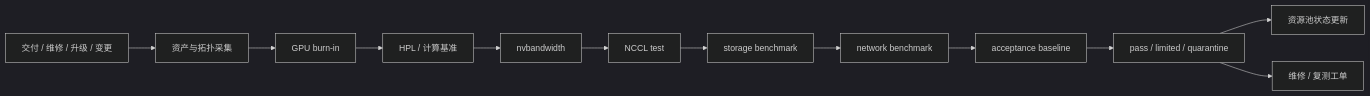
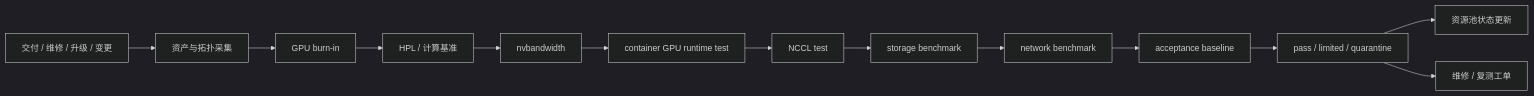
One commit to ikingye/ai-factory-engineering changed the diagram in docs/part-09-reliability-observability/chapter-38-acceptance-testing.md. Above: the diagram before and after it, drawn with Mermaid (dark theme). The commit also changed other lines of this file and 11 other files, not shown here.

Commit message:
docs: deepen gpu container coverage

````diff
--- a/docs/part-09-reliability-observability/chapter-38-acceptance-testing.md
+++ b/docs/part-09-reliability-observability/chapter-38-acceptance-testing.md
@@ -51,14 +51,15 @@
 ```mermaid
 flowchart LR
   Trigger["交付 / 维修 / 升级 / 变更"] --> Inventory["资产与拓扑采集"]
   Inventory --> Burn["GPU burn-in"]
   Burn --> HPL["HPL / 计算基准"]
   HPL --> NVBW["nvbandwidth"]
-  NVBW --> NCCL["NCCL test"]
+  NVBW --> Runtime["container GPU runtime test"]
+  Runtime --> NCCL["NCCL test"]
   NCCL --> Storage["storage benchmark"]
   Storage --> Network["network benchmark"]
   Network --> Baseline["acceptance baseline"]
   Baseline --> Decision["pass / limited / quarantine"]
   Decision --> Pool["资源池状态更新"]
   Decision --> Ticket["维修 / 复测工单"]
 ```
````
